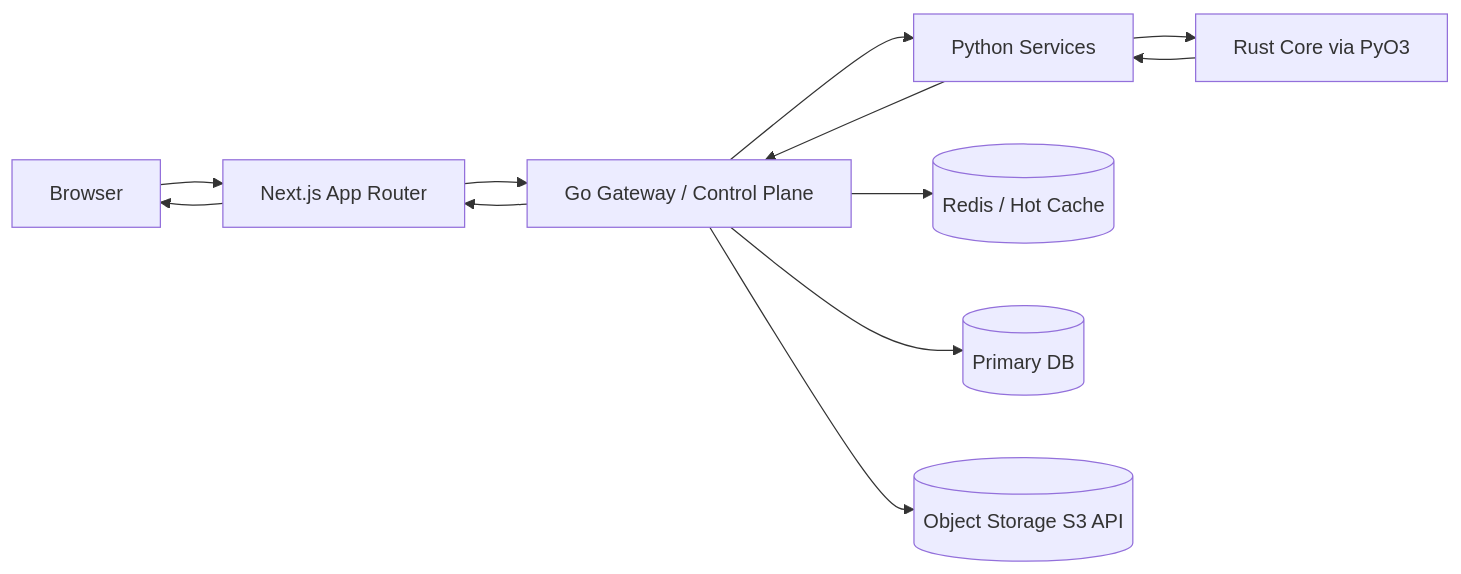
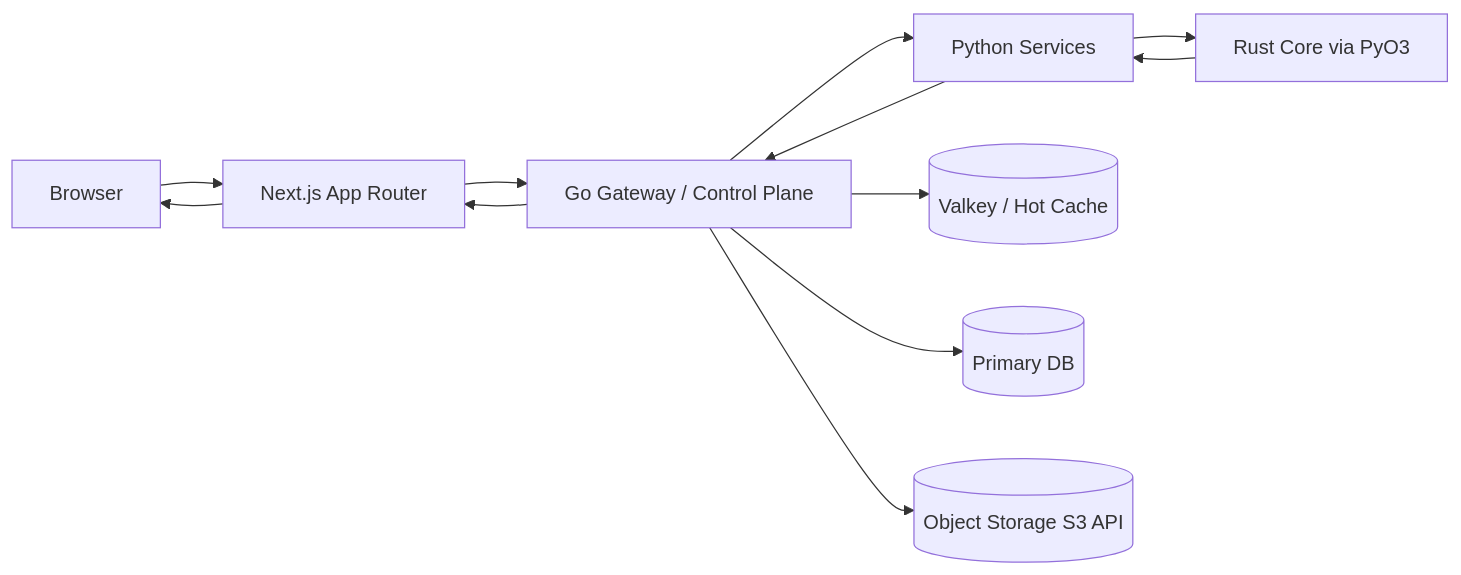
The first of 2 diagrams in docs/specs/architecture/ARCHITECTURE_BASELINE.md (japorto100/trading-project), drawn with Mermaid before and after one commit. The commit also changed other lines of this file and 1361 other files, not shown here.

````diff
--- a/docs/specs/architecture/ARCHITECTURE_BASELINE.md
+++ b/docs/specs/architecture/ARCHITECTURE_BASELINE.md
@@ -52,14 +52,14 @@
 ```mermaid
 flowchart LR
     U[Browser] --> N[Next.js App Router]
     N --> G[Go Gateway / Control Plane]
     G --> P[Python Services]
     P --> R[Rust Core via PyO3]
     R --> P
     P --> G
     G --> N
     N --> U
-    G --> C[(Redis / Hot Cache)]
+    G --> C[(Valkey / Hot Cache)]
     G --> D[(Primary DB)]
     G --> OS[(Object Storage S3 API)]
 ```
````
